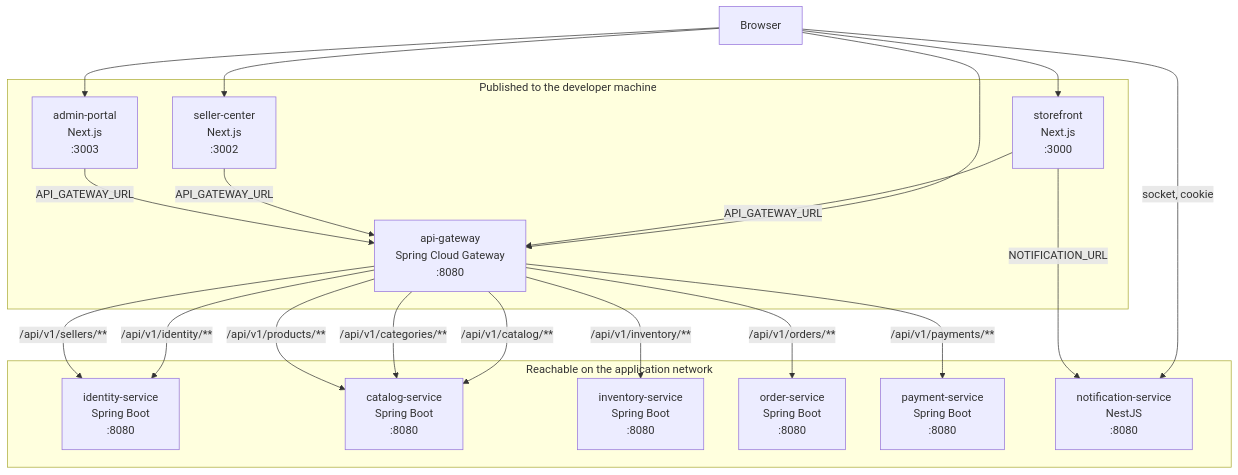
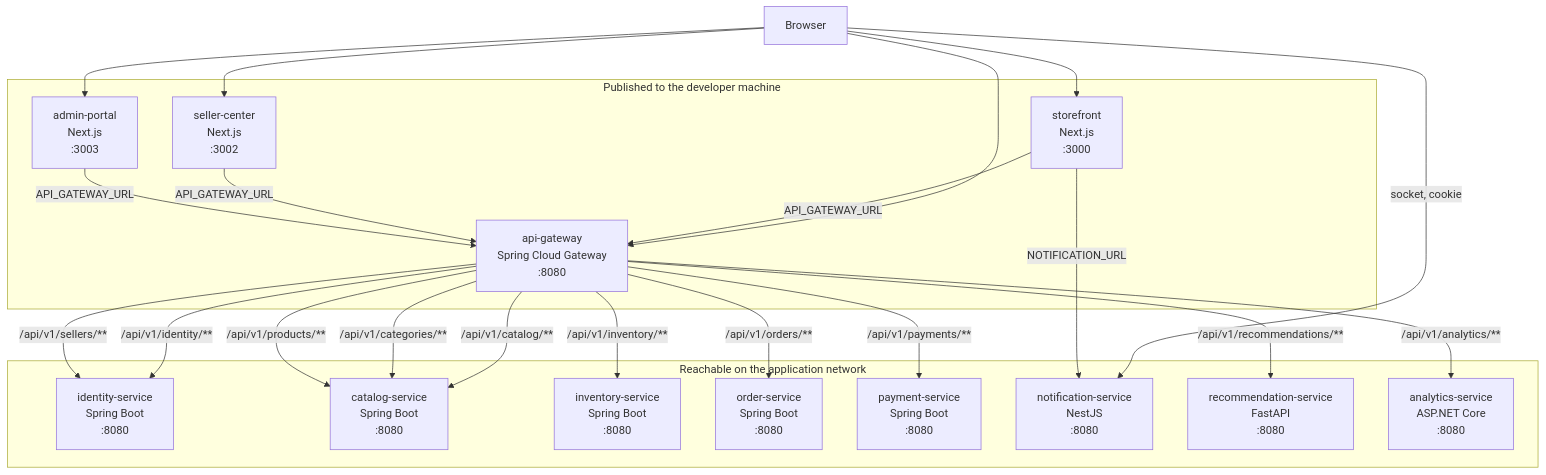
Before and after one commit to lecongnhat247/bazaar: the diagram in docs/architecture/container-diagram.md, drawn with Mermaid. The commit also changed other lines of this file and 11 other files, not shown here.

Commit message:
Phase 5 M7: end-to-end integration - test and publish the Phase 5 desks and read models without scheduling them on the kind chart.

````diff
--- a/docs/architecture/container-diagram.md
+++ b/docs/architecture/container-diagram.md
@@ -5,38 +5,42 @@
 ```mermaid
 flowchart TB
   browser[Browser]
 
   subgraph clientHost [Published to the developer machine]
     storefront["storefront<br/>Next.js<br/>:3000"]
     sellerCenter["seller-center<br/>Next.js<br/>:3002"]
     adminPortal["admin-portal<br/>Next.js<br/>:3003"]
     gateway["api-gateway<br/>Spring Cloud Gateway<br/>:8080"]
   end
 
   subgraph internal [Reachable on the application network]
     identity["identity-service<br/>Spring Boot<br/>:8080"]
     catalog["catalog-service<br/>Spring Boot<br/>:8080"]
     inventory["inventory-service<br/>Spring Boot<br/>:8080"]
     orders["order-service<br/>Spring Boot<br/>:8080"]
     payments["payment-service<br/>Spring Boot<br/>:8080"]
     notify["notification-service<br/>NestJS<br/>:8080"]
+    recommend["recommendation-service<br/>FastAPI<br/>:8080"]
+    analytics["analytics-service<br/>ASP.NET Core<br/>:8080"]
   end
 
   browser --> storefront
   browser --> sellerCenter
   browser --> adminPortal
   browser --> gateway
   browser -->|socket, cookie| notify
   storefront -->|API_GATEWAY_URL| gateway
   sellerCenter -->|API_GATEWAY_URL| gateway
   adminPortal -->|API_GATEWAY_URL| gateway
   storefront -->|NOTIFICATION_URL| notify
   gateway -->|/api/v1/identity/**| identity
   gateway -->|/api/v1/sellers/**| identity
   gateway -->|/api/v1/catalog/**| catalog
   gateway -->|/api/v1/categories/**| catalog
   gateway -->|/api/v1/products/**| catalog
   gateway -->|/api/v1/inventory/**| inventory
   gateway -->|/api/v1/orders/**| orders
   gateway -->|/api/v1/payments/**| payments
+  gateway -->|/api/v1/recommendations/**| recommend
+  gateway -->|/api/v1/analytics/**| analytics
 ```
````
